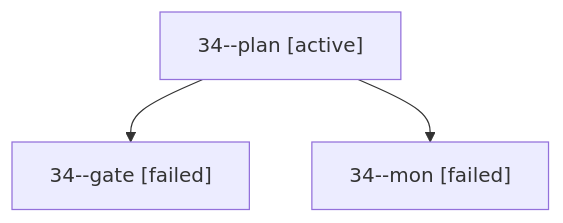
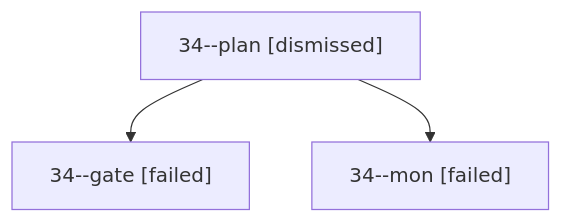
Before and after one commit to bobs-org/bob-cli--agents: the diagram in sessions/bbugyi200.apollo.34.md, drawn with Mermaid. The commit also changed other lines of this file and 31 other files, not shown here.

````diff
--- a/sessions/bbugyi200.apollo.34.md
+++ b/sessions/bbugyi200.apollo.34.md
@@ -9,8 +9,8 @@
 ```mermaid
 flowchart TD
-  n0["34--plan [active]"]
+  n0["34--plan [dismissed]"]
   n1["34--gate [failed]"]
   n0 --> n1
   n2["34--mon [failed]"]
   n0 --> n2
 ```
````
